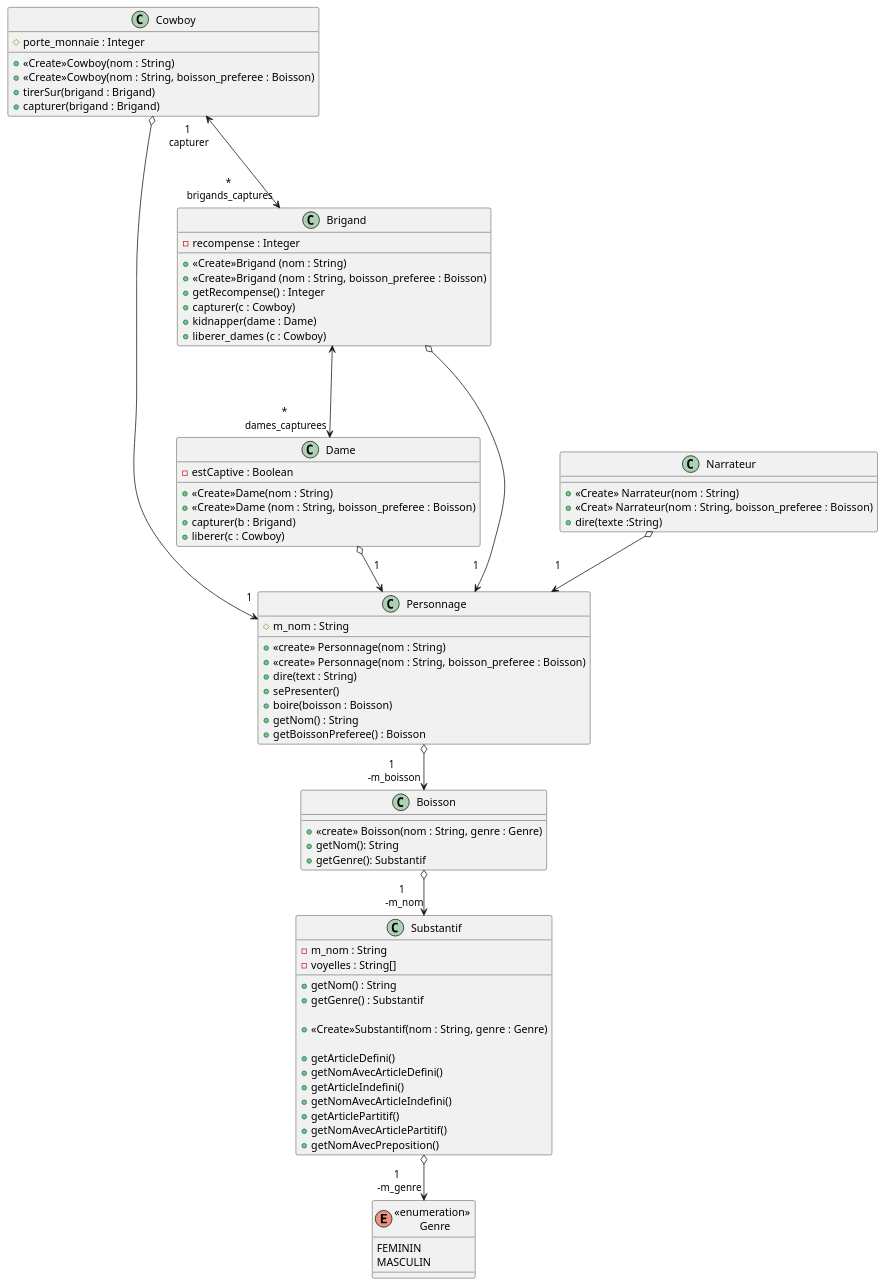
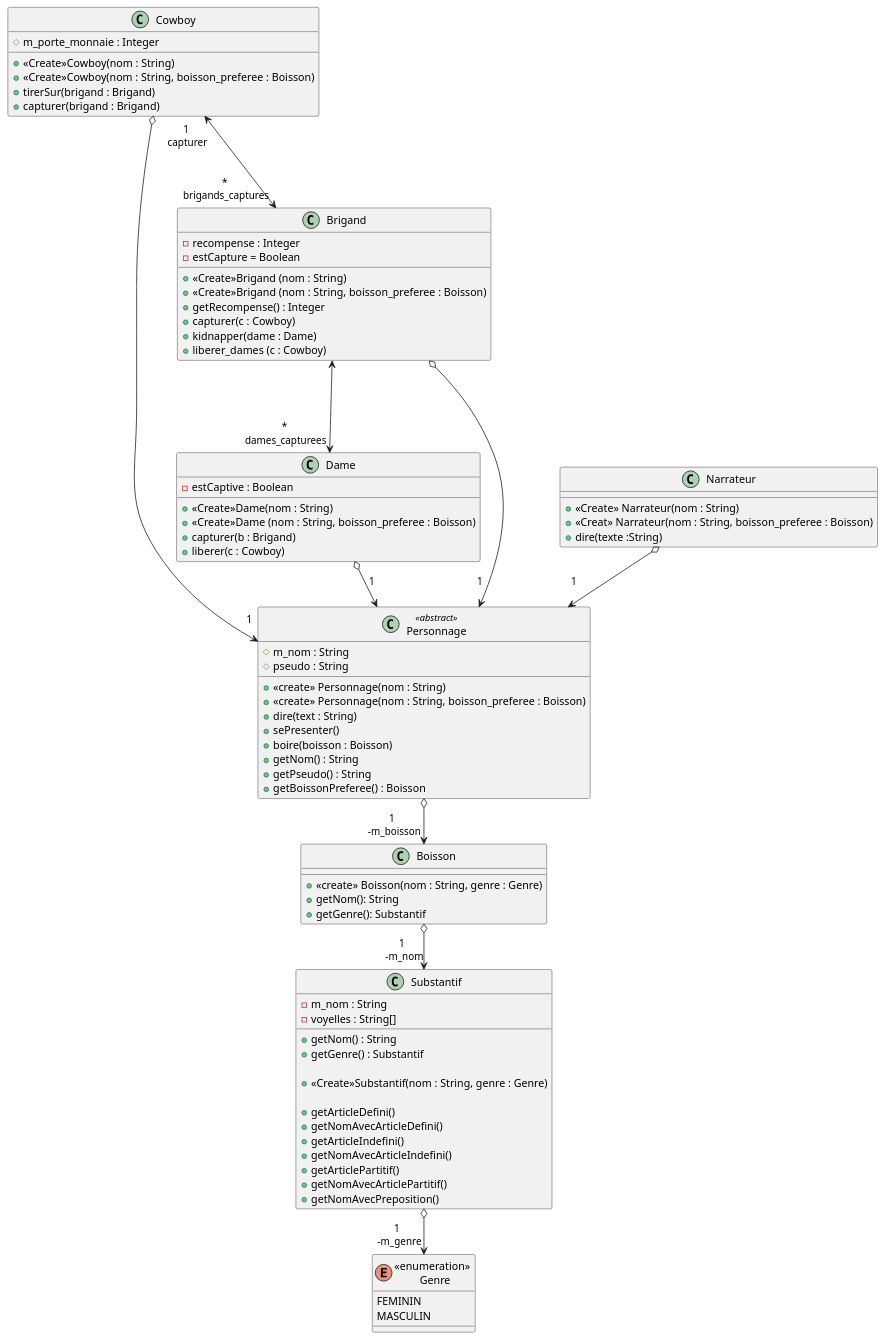
The diagram in src/Scenario2/Grammaire/Grammaire.puml (Lirobi/Projet-western), drawn with PlantUML before and after one commit. The commit also changed 3 other files, not shown here.

```diff
--- a/src/Scenario2/Grammaire/Grammaire.puml
+++ b/src/Scenario2/Grammaire/Grammaire.puml
@@ -1,89 +1,92 @@
 @startuml
 
 Dame o--> "1\n" Personnage
 Cowboy o--> "1\n" Personnage
 Brigand o--> "1\n" Personnage
 Narrateur o--> "1\n" Personnage
 Personnage o-->"1 \n -m_boisson" Boisson
 Boisson o-->"1 \n -m_nom" Substantif
 Substantif o-->"1 \n -m_genre" "«enumeration» \n Genre"
 'Dame <---> Cowboy
 Cowboy "1\n capturer"<---> "*\n brigands_captures" Brigand
 Brigand <---> "*\n dames_capturees"Dame
 
 enum "«enumeration» \n Genre" {
 FEMININ
 MASCULIN
 }
 
 class Substantif {
 
     - m_nom : String
     '- m_genre : Genre
     - voyelles : String[]
     + getNom() : String
     + getGenre() : Substantif
 
     + «Create»Substantif(nom : String, genre : Genre)
 
     + getArticleDefini()
     + getNomAvecArticleDefini()
     + getArticleIndefini()
     + getNomAvecArticleIndefini()
     + getArticlePartitif()
     + getNomAvecArticlePartitif()
     + getNomAvecPreposition()
 
 }
 
 class Boisson {
     '- m_nom : Substantif
 
     + «create» Boisson(nom : String, genre : Genre)
     + getNom(): String
     + getGenre(): Substantif
 }
-class Personnage {
+class Personnage<<abstract>>{
     # m_nom : String
     '- m_boisson : Boisson
+    # pseudo : String
 
     + «create» Personnage(nom : String)
     + «create» Personnage(nom : String, boisson_preferee : Boisson)
     + dire(text : String)
     + sePresenter()
     + boire(boisson : Boisson)
     + getNom() : String
+    + getPseudo() : String
     + getBoissonPreferee() : Boisson
 }
 
 class Cowboy{
-    # porte_monnaie : Integer
+    # m_porte_monnaie : Integer
     + «Create»Cowboy(nom : String)
     + «Create»Cowboy(nom : String, boisson_preferee : Boisson)
     + tirerSur(brigand : Brigand)
     + capturer(brigand : Brigand)
 
 }
 class Dame{
     - estCaptive : Boolean
     + «Create»Dame(nom : String)
     + «Create»Dame (nom : String, boisson_preferee : Boisson)
     + capturer(b : Brigand)
     + liberer(c : Cowboy)
 }
 class Brigand{
     - recompense : Integer
+    - estCapture = Boolean
     + «Create»Brigand (nom : String)
     + «Create»Brigand (nom : String, boisson_preferee : Boisson)
     + getRecompense() : Integer
     + capturer(c : Cowboy)
     + kidnapper(dame : Dame)
     + liberer_dames (c : Cowboy)
 }
 class Narrateur{
     + «Create» Narrateur(nom : String)
     + «Creat» Narrateur(nom : String, boisson_preferee : Boisson)
     + dire(texte :String)
 }
 
 @enduml
```
